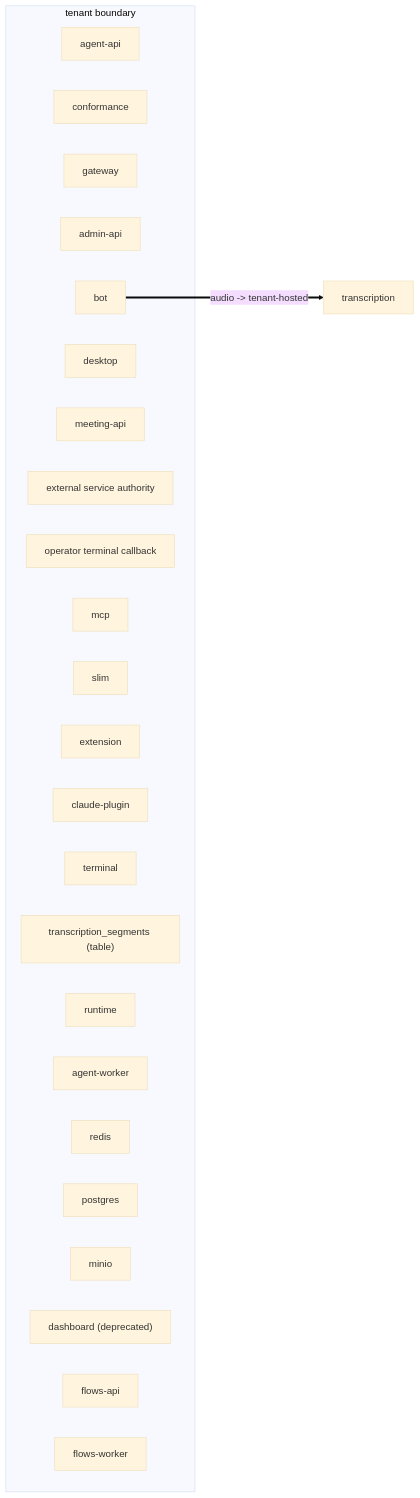
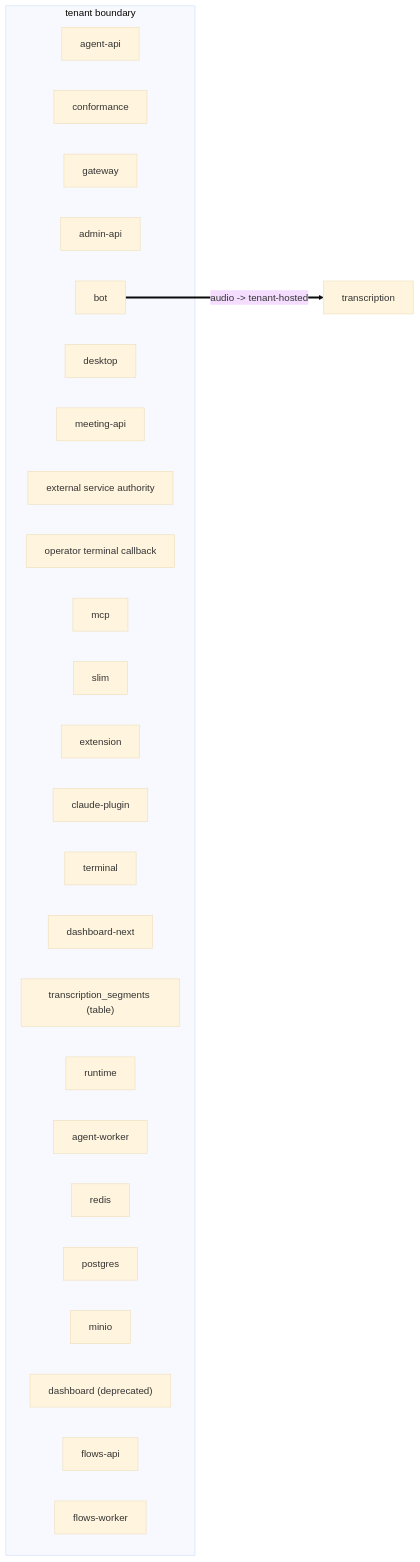
The diagram in docs/views/egress.mmd (holako1992/vexa), drawn with Mermaid (base theme) before and after one commit. The commit also changed 62 other files, not shown here.

```diff
--- a/docs/views/egress.mmd
+++ b/docs/views/egress.mmd
@@ -1,29 +1,30 @@
 %% GENERATED — pnpm arch:dsl --write
 flowchart LR
   subgraph tenant["tenant boundary"]
     agent_api["agent-api"]
     conformance["conformance"]
     gateway["gateway"]
     admin_api["admin-api"]
     bot["bot"]
     desktop["desktop"]
     meeting_api["meeting-api"]
     service_authority["external service authority"]
     system_webhook["operator terminal callback"]
     mcp["mcp"]
     slim["slim"]
     extension["extension"]
     claude_plugin["claude-plugin"]
     terminal["terminal"]
+    dashboard_next["dashboard-next"]
     segments_table["transcription_segments (table)"]
     runtime["runtime"]
     agent_worker["agent-worker"]
     redis["redis"]
     postgres["postgres"]
     minio["minio"]
     dashboard["dashboard (deprecated)"]
     flows_api["flows-api"]
     flows_worker["flows-worker"]
   end
   transcription["transcription"]
   bot ==>|"audio -> tenant-hosted"| transcription
```
